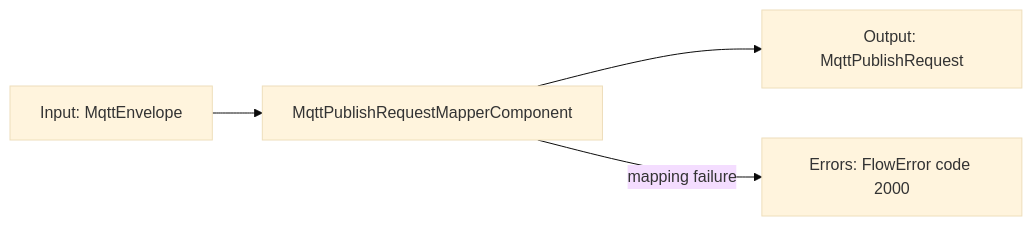
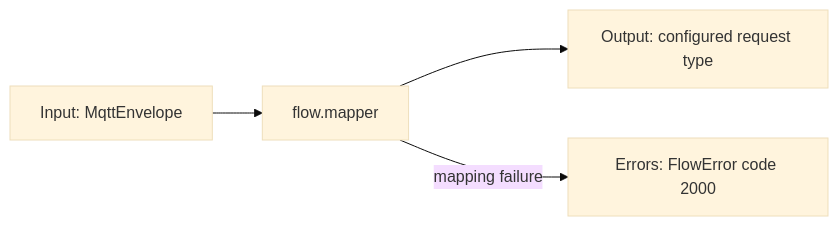
The tenth of 18 diagrams in docs/flow-components.md (araxis/FluxMq), drawn with Mermaid (base theme) before and after one commit. The commit also changed other lines of this file and 21 other files, not shown here.

Commit message:
fix: make flow mapping explicit (#58)

````diff
--- a/docs/flow-components.md
+++ b/docs/flow-components.md
@@ -390,6 +401,6 @@
 ```mermaid
 flowchart LR
-    In["Input: MqttEnvelope"] --> Mapper["MqttPublishRequestMapperComponent"]
-    Mapper --> Out["Output: MqttPublishRequest"]
+    In["Input: MqttEnvelope"] --> Mapper["flow.mapper"]
+    Mapper --> Out["Output: configured request type"]
     Mapper -->|mapping failure| Errors["Errors: FlowError code 2000"]
 ```
````
